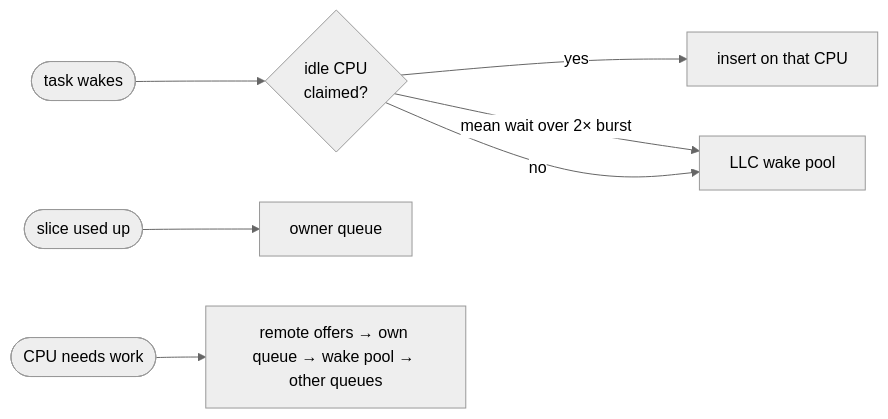
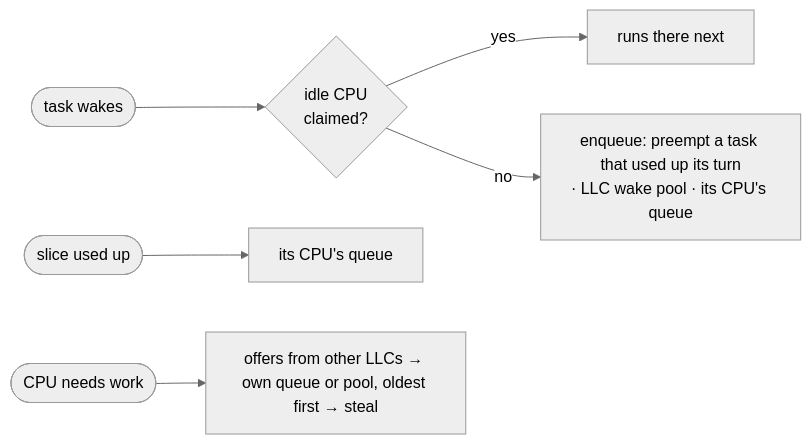
The diagram in scheds/rust/scx_cake/README.md (RitzDaCat/scx), drawn with Mermaid (neutral theme) before and after one commit. The commit also changed other lines of this file and 11 other files, not shown here.

````diff
--- a/scheds/rust/scx_cake/README.md
+++ b/scheds/rust/scx_cake/README.md
@@ -94,9 +96,8 @@
 ```mermaid
 flowchart LR
-    W([task wakes]) --> Q{idle CPU<br/>claimed?}
-    Q -->|yes| D[insert on that CPU]
-    Q -->|mean wait over 2× burst| P[LLC wake pool]
-    Q -->|no| P
-    S([slice used up]) --> O[owner queue]
-    N([CPU needs work]) --> R[remote offers → own queue → wake pool → other queues]
+    W([task wakes]) --> S{idle CPU<br/>claimed?}
+    S -->|yes| L[runs there next]
+    S -->|no| E[enqueue: preempt a task that used up its turn<br/>· LLC wake pool · its CPU's queue]
+    T([slice used up]) --> O[its CPU's queue]
+    N([CPU needs work]) --> R[offers from other LLCs → own queue or pool, oldest first → steal]
 ```
````
